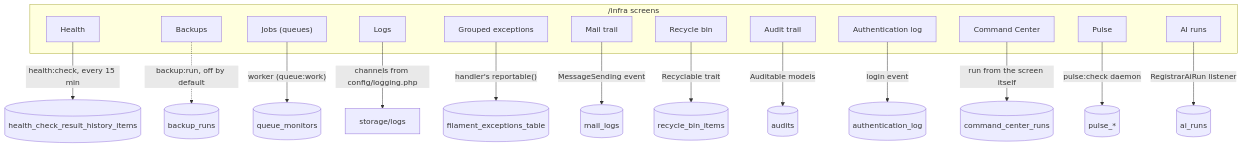
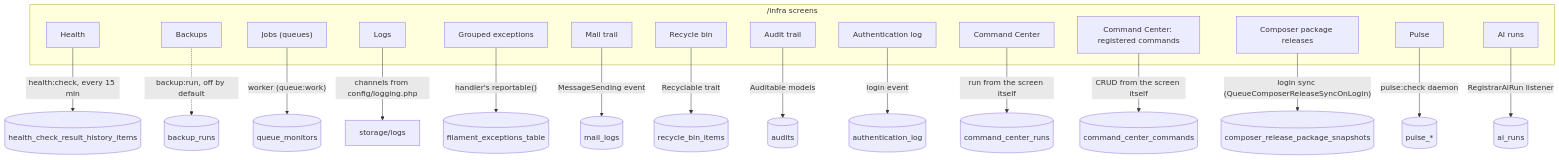
Before and after one commit to gsferro/filament-starter-kit-easy: the diagram in docs/en/recursos/trilhas-de-infraestrutura.md, drawn with Mermaid. The commit also changed other lines of this file and 7 other files, not shown here.

First line of the commit message:
:bug: fix(docs): quatro diagramas que afirmavam o que o codigo nao faz

````diff
--- a/docs/en/recursos/trilhas-de-infraestrutura.md
+++ b/docs/en/recursos/trilhas-de-infraestrutura.md
@@ -27,32 +27,36 @@
 ```mermaid
 flowchart TD
 %% DG-12
 accTitle: Map of /infra: screen, source and who writes it
 accDescr: Each screen of the /infra panel links to the table or source it shows and to whoever writes it; backup is off by default, and health is scheduled every 15 minutes.
   subgraph telas ["/infra screens"]
     tela_health["Health"]
     tela_backups["Backups"]
     tela_jobs["Jobs (queues)"]
     tela_logs["Logs"]
     tela_excecoes["Grouped exceptions"]
     tela_email["Mail trail"]
     tela_lixeira["Recycle bin"]
     tela_auditoria["Audit trail"]
     tela_log_acesso["Authentication log"]
     tela_comandos["Command Center"]
+    tela_comandos_cadastro["Command Center: registered commands"]
+    tela_pacotes["Composer package releases"]
     tela_pulse["Pulse"]
     tela_ia["AI runs"]
   end
   tela_health -->|"health:check, every 15 min"| health_store[("health_check_result_history_items")]
   tela_backups -.->|"backup:run, off by default"| backup_runs[("backup_runs")]
   tela_jobs -->|"worker (queue:work)"| queue_monitors[("queue_monitors")]
   tela_logs -->|"channels from config/logging.php"| storage_logs["storage/logs"]
   tela_excecoes -->|"handler's reportable()"| filament_exceptions[("filament_exceptions_table")]
   tela_email -->|"MessageSending event"| mail_logs[("mail_logs")]
   tela_lixeira -->|"Recyclable trait"| recycle_bin[("recycle_bin_items")]
   tela_auditoria -->|"Auditable models"| audits[("audits")]
   tela_log_acesso -->|"login event"| authentication_log[("authentication_log")]
   tela_comandos -->|"run from the screen itself"| command_center_runs[("command_center_runs")]
+  tela_comandos_cadastro -->|"CRUD from the screen itself"| command_center_commands[("command_center_commands")]
+  tela_pacotes -->|"login sync (QueueComposerReleaseSyncOnLogin)"| composer_release_snapshots[("composer_release_package_snapshots")]
   tela_pulse -->|"pulse:check daemon"| pulse_tabelas[("pulse_*")]
   tela_ia -->|"RegistrarAiRun listener"| ai_runs[("ai_runs")]
 ```
````
